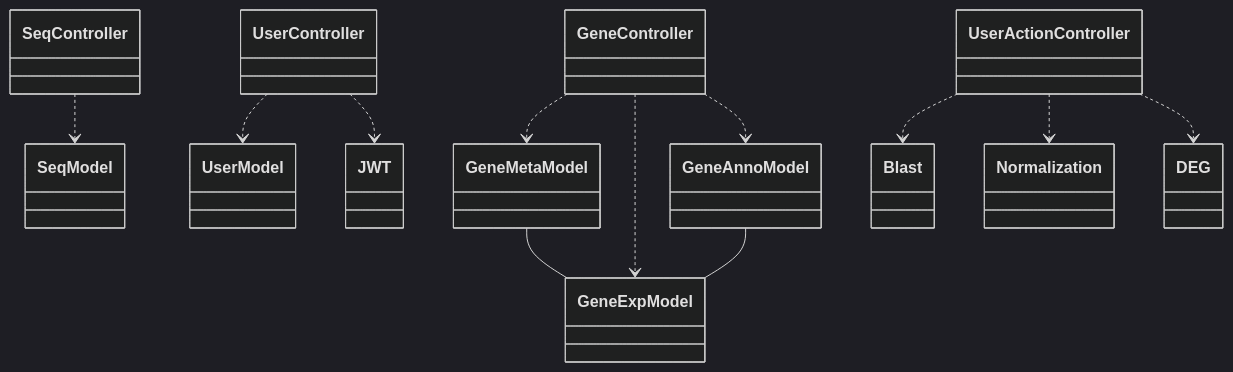
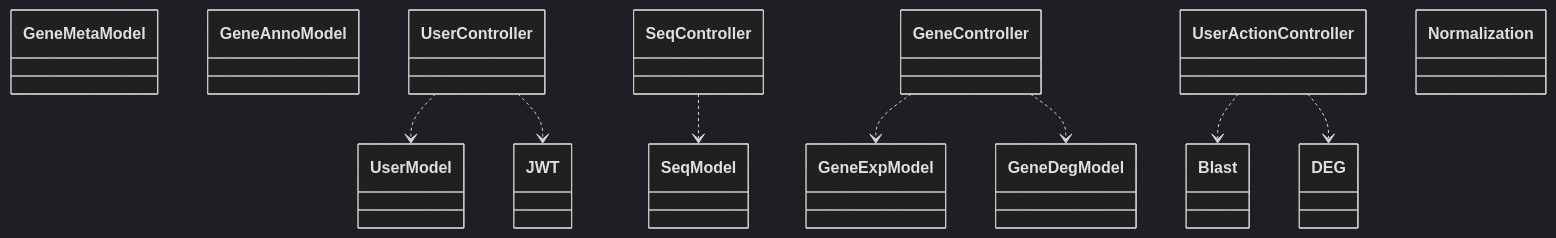
Before and after one commit to zhang-bin-98/hanclass_bioinfor_server: the second of 2 diagrams in docs/docs/design/index.md, drawn with Mermaid (dark theme). The commit also changed other lines of this file and 18 other files, not shown here.

````diff
--- a/docs/docs/design/index.md
+++ b/docs/docs/design/index.md
@@ -35,35 +32,30 @@
 ```mermaid
 classDiagram
 
 class UserModel
 class SeqModel
 class GeneMetaModel
 class GeneExpModel
 class GeneAnnoModel
 
 class UserController
 class SeqController
 class GeneController
 class UserActionController
 
 class JWT
 class Blast
 class Normalization
 class DEG
 
 UserController ..> UserModel
 UserController ..> JWT
 
 SeqController ..> SeqModel
 
-GeneController ..> GeneMetaModel
-GeneMetaModel -- GeneExpModel
 GeneController ..> GeneExpModel
-GeneController ..> GeneAnnoModel
-GeneAnnoModel -- GeneExpModel
+GeneController ..> GeneDegModel
 
 UserActionController ..> Blast
-UserActionController ..> Normalization
 UserActionController ..> DEG
-
 ```
````
